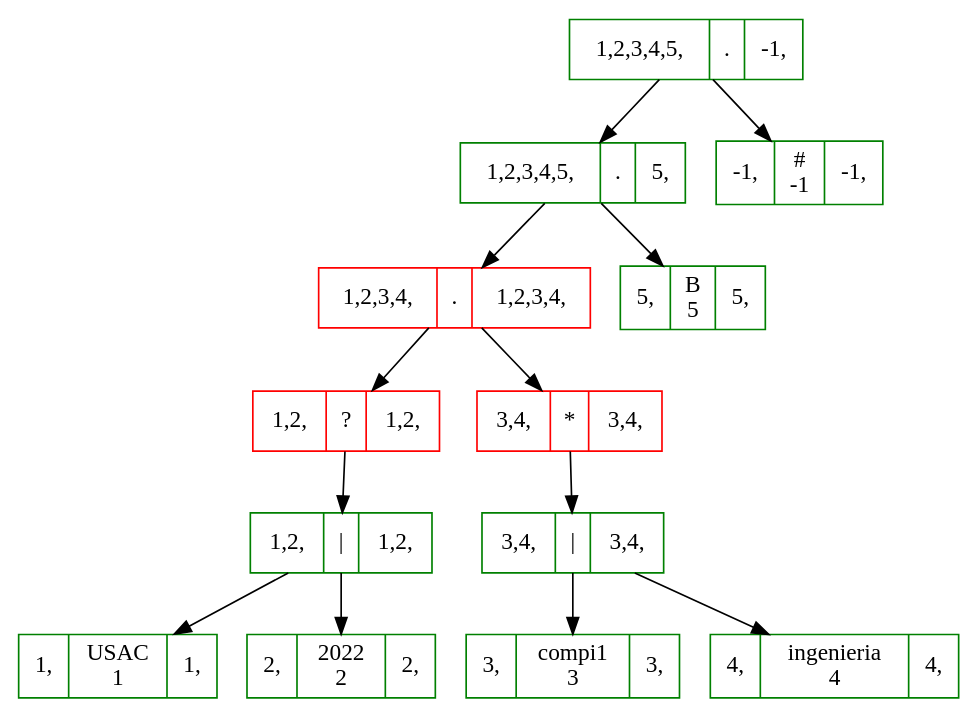
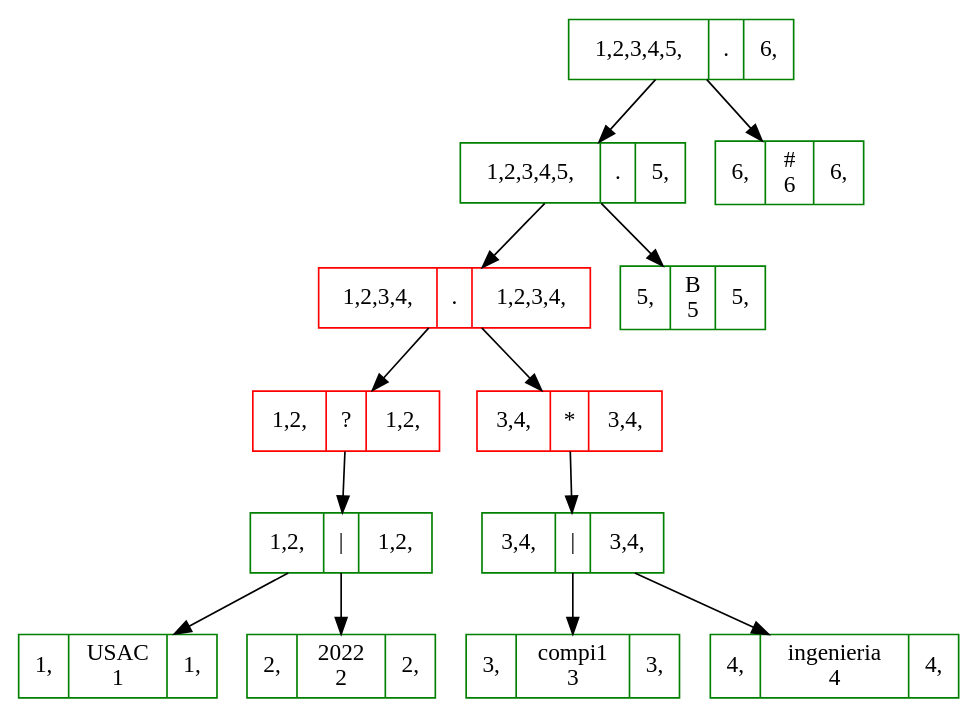
One commit to diegomazariegos2002/OLC1-P1-202003975 changed the diagram in OLC1-P1-202003975/ExpReg4_Arbol.dot. Above: the diagram before and after it, drawn with Graphviz. The commit also changed 50 other files, not shown here.

```diff
--- a/OLC1-P1-202003975/ExpReg4_Arbol.dot
+++ b/OLC1-P1-202003975/ExpReg4_Arbol.dot
@@ -1,53 +1,53 @@
 digraph structs { 
 node[shape = box]; 
 node[shape = box, color = green]; 
-Nodo2032188048[shape=record, label = "<f0> 1,2,3,4,5, | <f1>. | <f2> -1,"];
+Nodo558922244[shape=record, label = "<f0> 1,2,3,4,5, | <f1>. | <f2> 6,"];
 node[shape = box, color = green]; 
-Nodo112466394[shape=record, label = "<f0> 1,2,3,4,5, | <f1>. | <f2> 5,"];
+Nodo339099861[shape=record, label = "<f0> 1,2,3,4,5, | <f1>. | <f2> 5,"];
 node[shape = box, color = red]; 
-Nodo992846223[shape=record, label = "<f0> 1,2,3,4, | <f1>. | <f2> 1,2,3,4,"];
+Nodo1653986196[shape=record, label = "<f0> 1,2,3,4, | <f1>. | <f2> 1,2,3,4,"];
 node[shape = box, color = red]; 
-Nodo1493625803[shape=record, label = "<f0> 1,2, | <f1>? | <f2> 1,2,"];
+Nodo1197365356[shape=record, label = "<f0> 1,2, | <f1>? | <f2> 1,2,"];
 node[shape = box, color = green]; 
-Nodo630074945[shape=record, label = "<f0> 1,2, | <f1>\| | <f2> 1,2,"];
+Nodo1702660825[shape=record, label = "<f0> 1,2, | <f1>\| | <f2> 1,2,"];
 node[shape = box, color = green]; 
-Nodo64133603[shape=record, label = "<f0> 1, | <f1>USAC\n1 | <f2> 1,"];
+Nodo1131040331[shape=record, label = "<f0> 1, | <f1>USAC\n1 | <f2> 1,"];
 node[shape = box, color = green]; 
-Nodo1436901839[shape=record, label = "<f0> 2, | <f1>2022\n2 | <f2> 2,"];
+Nodo254749889[shape=record, label = "<f0> 2, | <f1>2022\n2 | <f2> 2,"];
 node[shape = box, color = red]; 
-Nodo999522307[shape=record, label = "<f0> 3,4, | <f1>* | <f2> 3,4,"];
+Nodo973576304[shape=record, label = "<f0> 3,4, | <f1>* | <f2> 3,4,"];
 node[shape = box, color = green]; 
-Nodo1866161430[shape=record, label = "<f0> 3,4, | <f1>\| | <f2> 3,4,"];
+Nodo992802731[shape=record, label = "<f0> 3,4, | <f1>\| | <f2> 3,4,"];
 node[shape = box, color = green]; 
-Nodo2024918163[shape=record, label = "<f0> 3, | <f1>compi1\n3 | <f2> 3,"];
+Nodo715521683[shape=record, label = "<f0> 3, | <f1>compi1\n3 | <f2> 3,"];
 node[shape = box, color = green]; 
-Nodo107241811[shape=record, label = "<f0> 4, | <f1>ingenieria\n4 | <f2> 4,"];
+Nodo1545242146[shape=record, label = "<f0> 4, | <f1>ingenieria\n4 | <f2> 4,"];
 node[shape = box, color = green]; 
-Nodo558922244[shape=record, label = "<f0> 5, | <f1>B\n5 | <f2> 5,"];
+Nodo1524126153[shape=record, label = "<f0> 5, | <f1>B\n5 | <f2> 5,"];
 node[shape = box, color = green]; 
-Nodo339099861[shape=record, label = "<f0> -1, | <f1>#\n-1 | <f2> -1,"];
+Nodo102065302[shape=record, label = "<f0> 6, | <f1>#\n6 | <f2> 6,"];
 
-Nodo2032188048 -> Nodo112466394; 
+Nodo558922244 -> Nodo339099861; 
 
-Nodo2032188048 -> Nodo339099861; 
+Nodo558922244 -> Nodo102065302; 
 
-Nodo112466394 -> Nodo992846223; 
+Nodo339099861 -> Nodo1653986196; 
 
-Nodo112466394 -> Nodo558922244; 
+Nodo339099861 -> Nodo1524126153; 
 
-Nodo992846223 -> Nodo1493625803; 
+Nodo1653986196 -> Nodo1197365356; 
 
-Nodo992846223 -> Nodo999522307; 
+Nodo1653986196 -> Nodo973576304; 
 
-Nodo1493625803 -> Nodo630074945; 
+Nodo1197365356 -> Nodo1702660825; 
 
-Nodo630074945 -> Nodo64133603; 
+Nodo1702660825 -> Nodo1131040331; 
 
-Nodo630074945 -> Nodo1436901839; 
+Nodo1702660825 -> Nodo254749889; 
 
-Nodo999522307 -> Nodo1866161430; 
+Nodo973576304 -> Nodo992802731; 
 
-Nodo1866161430 -> Nodo2024918163; 
+Nodo992802731 -> Nodo715521683; 
 
-Nodo1866161430 -> Nodo107241811; 
+Nodo992802731 -> Nodo1545242146; 
 }
```
